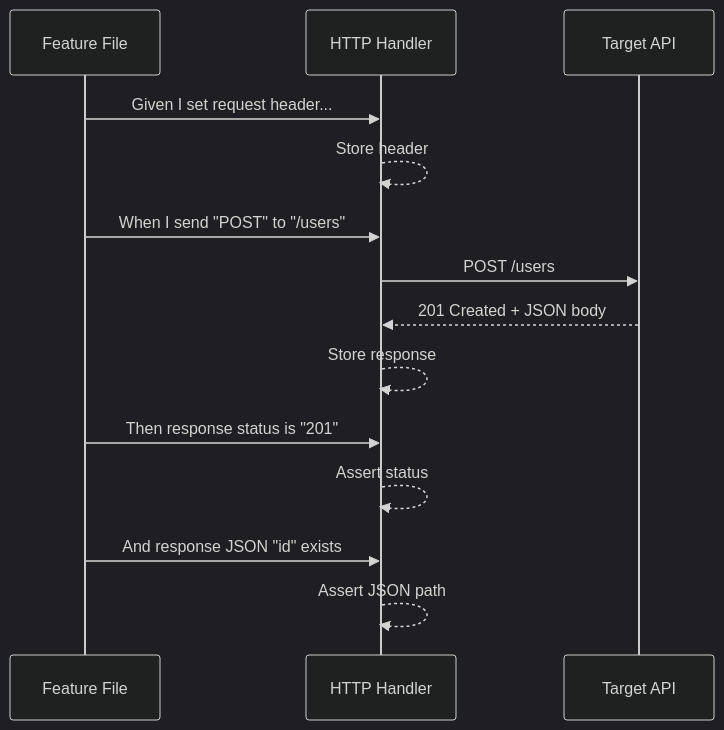
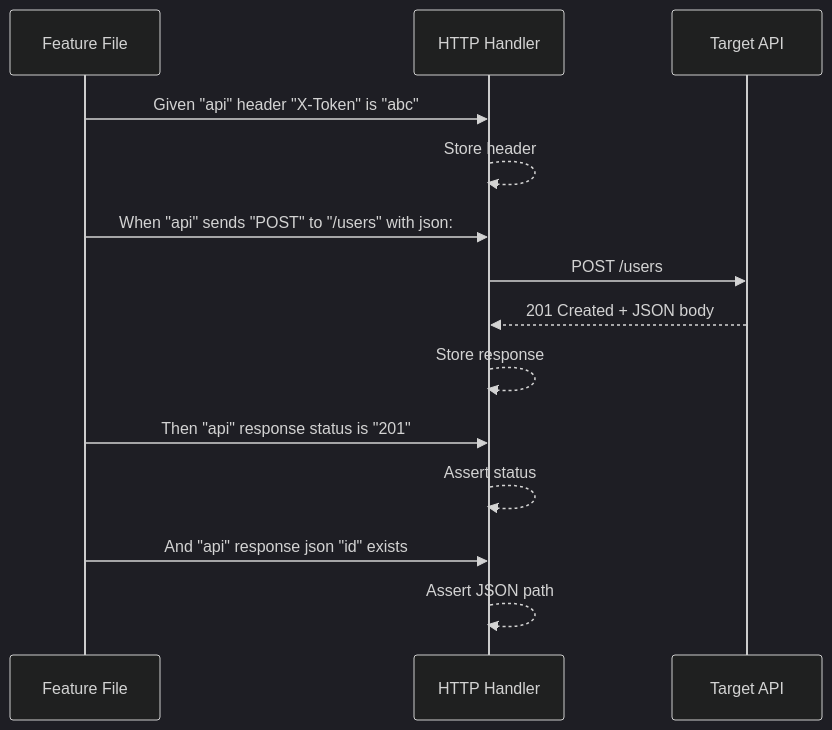
One commit to tomatool/tomato changed the seventh of 9 diagrams in docs/developer-guide/architecture.md. Above: the diagram before and after it, drawn with Mermaid (dark theme). The commit also changed other lines of this file and 15 other files, not shown here.

````diff
--- a/docs/developer-guide/architecture.md
+++ b/docs/developer-guide/architecture.md
@@ -250,20 +268,20 @@
 ```mermaid
 sequenceDiagram
     participant Feature as Feature File
     participant HTTP as HTTP Handler
     participant API as Target API
 
-    Feature->>HTTP: Given I set request header...
+    Feature->>HTTP: Given "api" header "X-Token" is "abc"
     HTTP-->>HTTP: Store header
 
-    Feature->>HTTP: When I send "POST" to "/users"
+    Feature->>HTTP: When "api" sends "POST" to "/users" with json:
     HTTP->>API: POST /users
     API-->>HTTP: 201 Created + JSON body
     HTTP-->>HTTP: Store response
 
-    Feature->>HTTP: Then response status is "201"
+    Feature->>HTTP: Then "api" response status is "201"
     HTTP-->>HTTP: Assert status
 
-    Feature->>HTTP: And response JSON "id" exists
+    Feature->>HTTP: And "api" response json "id" exists
     HTTP-->>HTTP: Assert JSON path
 ```
````
